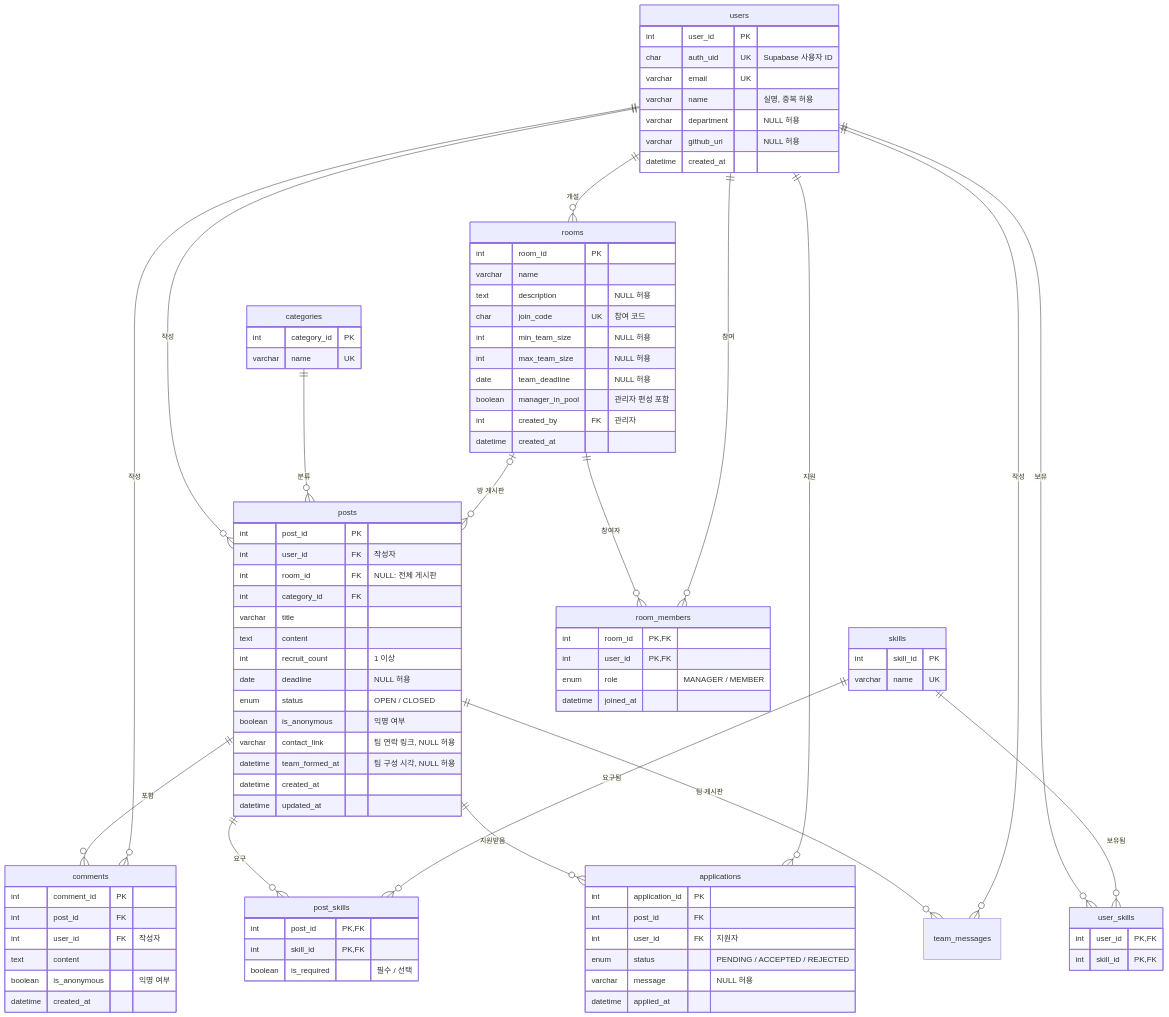
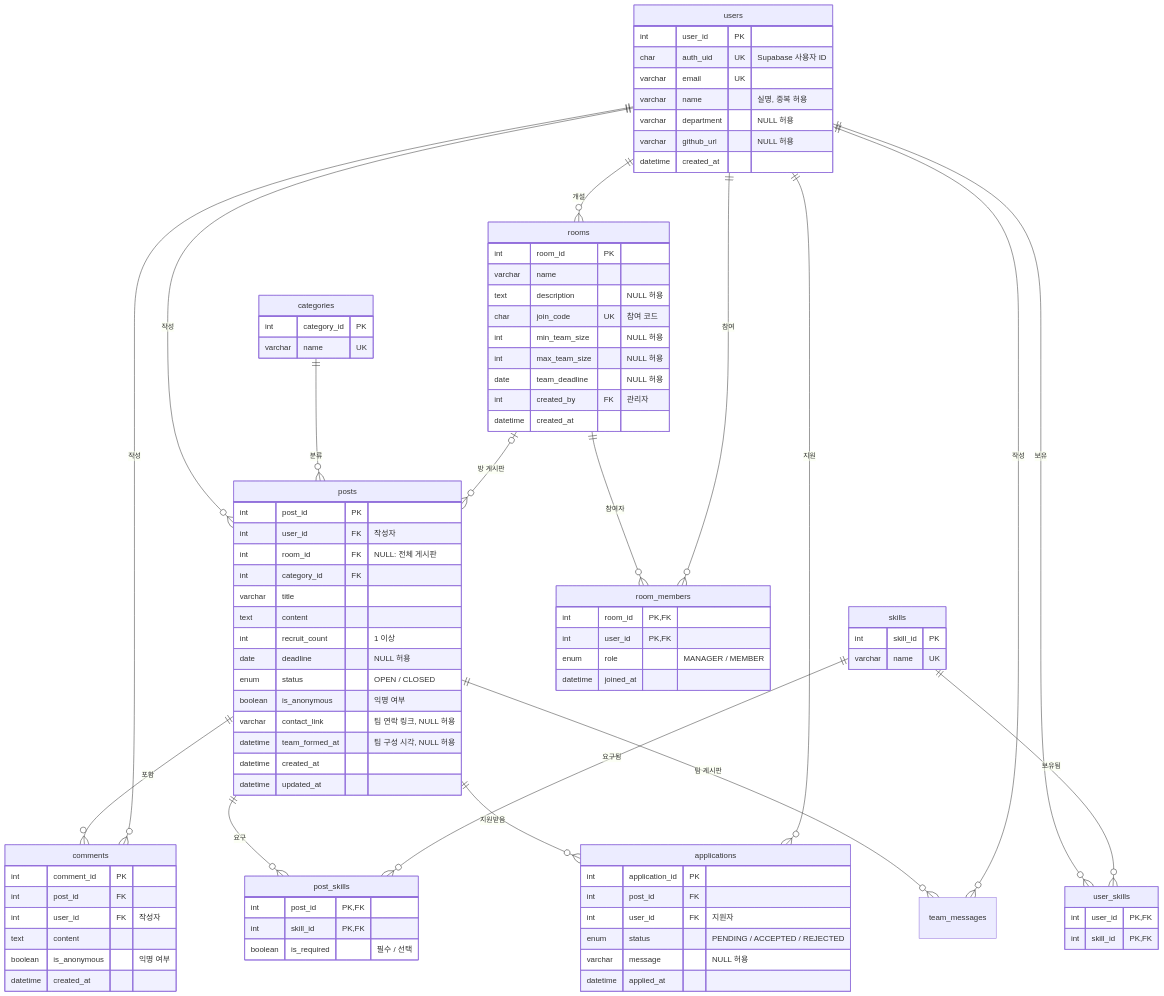
The diagram in docs/erd.md (qwasqwe0916/qwasqwe0916), drawn with Mermaid before and after one commit. The commit also changed other lines of this file and 12 other files, not shown here.

```diff
--- a/docs/erd.md
+++ b/docs/erd.md
@@ -56,7 +56,6 @@
         int min_team_size "NULL 허용"
         int max_team_size "NULL 허용"
         date team_deadline "NULL 허용"
-        boolean manager_in_pool "관리자 편성 포함"
         int created_by FK "관리자"
         datetime created_at
     }
```
